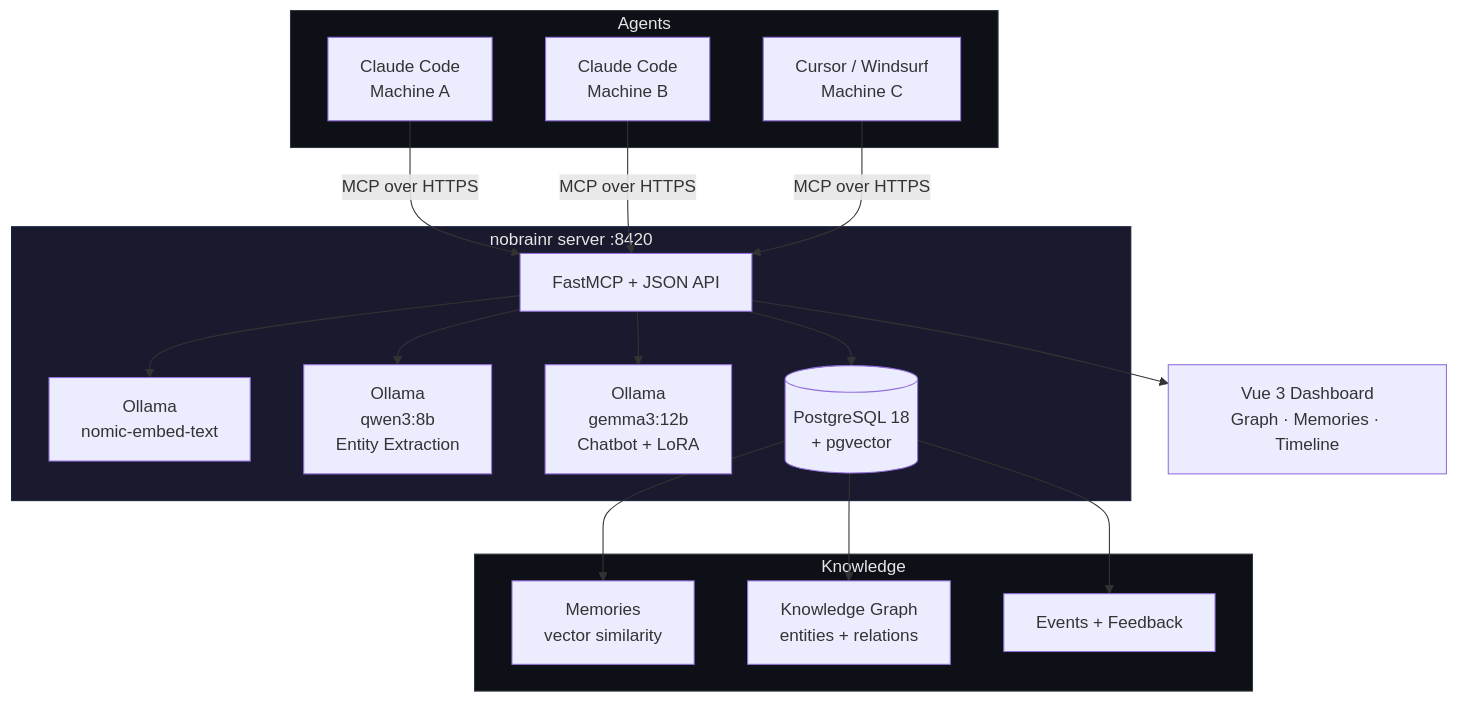
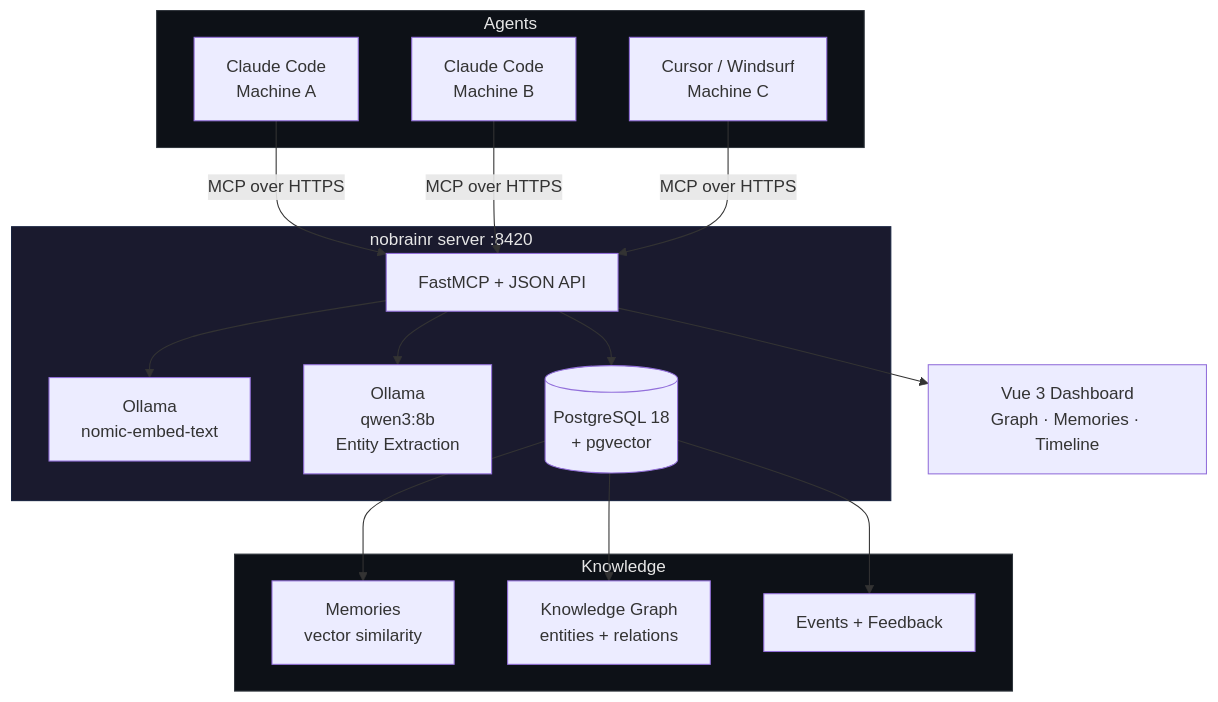
One commit to vicquick/nobrainr changed the diagram in README.md. Above: the diagram before and after it, drawn with Mermaid. The commit also changed other lines of this file and 2 other files, not shown here.

First line of the commit message:
fix: Remove gemma3:12b from nobrainr docs (belongs to myserver)

````diff
--- a/README.md
+++ b/README.md
@@ -32,30 +32,29 @@
 ```mermaid
 graph TB
     subgraph Agents
         A1[Claude Code<br/>Machine A]
         A2[Claude Code<br/>Machine B]
         A3[Cursor / Windsurf<br/>Machine C]
     end
 
     A1 & A2 & A3 -->|MCP over HTTPS| NB
 
     subgraph nobrainr [nobrainr server :8420]
         NB[FastMCP + JSON API]
         NB --> EMB[Ollama<br/>nomic-embed-text]
         NB --> EXT[Ollama<br/>qwen3:8b<br/>Entity Extraction]
-        NB --> CHAT[Ollama<br/>gemma3:12b<br/>Chatbot + LoRA]
         NB --> PG[(PostgreSQL 18<br/>+ pgvector)]
     end
 
     subgraph Storage [Knowledge]
         PG --> MEM[Memories<br/>vector similarity]
         PG --> KG[Knowledge Graph<br/>entities + relations]
         PG --> EVT[Events + Feedback]
     end
 
     NB --> DASH[Vue 3 Dashboard<br/>Graph · Memories · Timeline]
 
     style nobrainr fill:#1a1a2e,stroke:#16213e,color:#e6e6e6
     style Agents fill:#0d1117,stroke:#30363d,color:#e6e6e6
     style Storage fill:#0d1117,stroke:#30363d,color:#e6e6e6
 ```
````
